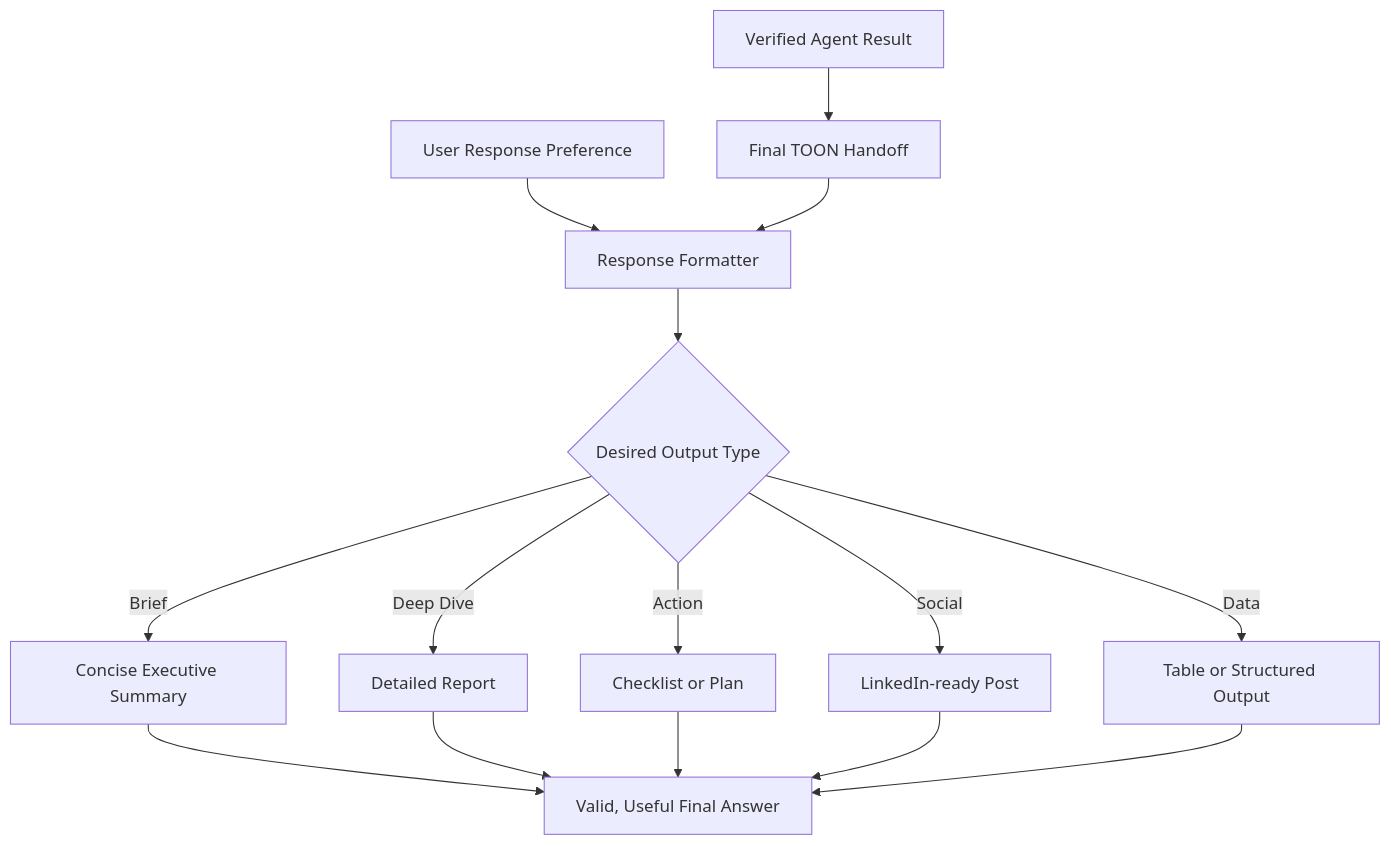
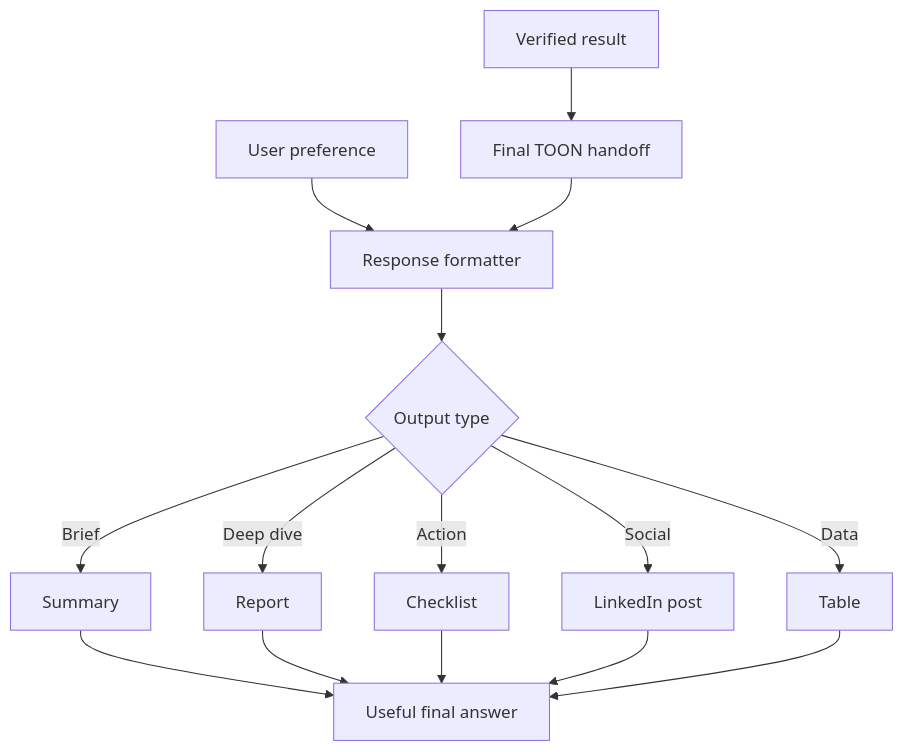
One commit to Hassaan146/agentic-ai-workflow changed the seventh of 10 diagrams in docs/diagrams.md. Above: the diagram before and after it, drawn with Mermaid. The commit also changed other lines of this file, not shown here.

Commit message:
Make diagrams PDF export friendly

````diff
--- a/docs/diagrams.md
+++ b/docs/diagrams.md
@@ -99,17 +112,17 @@
 ```mermaid
 flowchart TD
-    A["Verified Agent Result"] --> B["Final TOON Handoff"]
-    C["User Response Preference"] --> D["Response Formatter"]
+    A["Verified result"] --> B["Final TOON handoff"]
+    C["User preference"] --> D["Response formatter"]
     B --> D
-    D --> E{"Desired Output Type"}
-    E -->|Brief| F["Concise Executive Summary"]
-    E -->|Deep Dive| G["Detailed Report"]
-    E -->|Action| H["Checklist or Plan"]
-    E -->|Social| I["LinkedIn-ready Post"]
-    E -->|Data| J["Table or Structured Output"]
-    F --> K["Valid, Useful Final Answer"]
+    D --> E{"Output type"}
+    E -->|Brief| F["Summary"]
+    E -->|Deep dive| G["Report"]
+    E -->|Action| H["Checklist"]
+    E -->|Social| I["LinkedIn post"]
+    E -->|Data| J["Table"]
+    F --> K["Useful final answer"]
     G --> K
     H --> K
     I --> K
     J --> K
 ```
````
